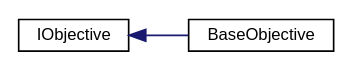
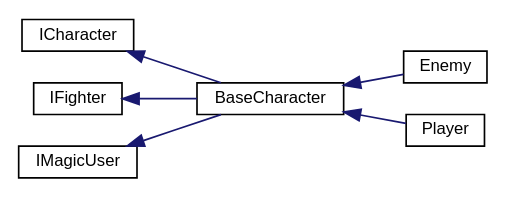
The diagram in inherit_graph_7.dot (PaulSchweizer/ActionRpgKit), drawn with Graphviz before and after one commit. The commit also changed 572 other files, not shown here.

```diff
--- a/inherit_graph_7.dot
+++ b/inherit_graph_7.dot
@@ -1,10 +1,18 @@
 digraph "Graphical Class Hierarchy"
 {
  // INTERACTIVE_SVG=YES
   edge [fontname="Helvetica",fontsize="10",labelfontname="Helvetica",labelfontsize="10"];
   node [fontname="Helvetica",fontsize="10",shape=record];
   rankdir="LR";
-  Node1 [label="IObjective",height=0.2,width=0.4,color="black", fillcolor="white", style="filled",URL="$d2/d98/interface_action_rpg_kit_1_1_story_1_1_quest_1_1_i_objective.xhtml"];
+  Node1 [label="ICharacter",height=0.2,width=0.4,color="black", fillcolor="white", style="filled",URL="$d2/df8/interface_action_rpg_kit_1_1_character_1_1_i_character.xhtml",tooltip="Characters populate the game world. They are defined by Stats."];
   Node1 -> Node2 [dir="back",color="midnightblue",fontsize="10",style="solid",fontname="Helvetica"];
-  Node2 [label="BaseObjective",height=0.2,width=0.4,color="black", fillcolor="white", style="filled",URL="$dd/d14/class_action_rpg_kit_1_1_story_1_1_quest_1_1_base_objective.xhtml"];
+  Node2 [label="BaseCharacter",height=0.2,width=0.4,color="black", fillcolor="white", style="filled",URL="$d9/d5c/class_action_rpg_kit_1_1_character_1_1_base_character.xhtml",tooltip="Base implementation of a Character."];
+  Node2 -> Node3 [dir="back",color="midnightblue",fontsize="10",style="solid",fontname="Helvetica"];
+  Node3 [label="Enemy",height=0.2,width=0.4,color="black", fillcolor="white", style="filled",URL="$d2/df0/class_action_rpg_kit_1_1_character_1_1_enemy.xhtml",tooltip="Representation of a Hostile, game controlled character."];
+  Node2 -> Node4 [dir="back",color="midnightblue",fontsize="10",style="solid",fontname="Helvetica"];
+  Node4 [label="Player",height=0.2,width=0.4,color="black", fillcolor="white", style="filled",URL="$d7/dd8/class_action_rpg_kit_1_1_character_1_1_player.xhtml",tooltip="Representation of a Player controllable character."];
+  Node5 [label="IFighter",height=0.2,width=0.4,color="black", fillcolor="white", style="filled",URL="$df/d5e/interface_action_rpg_kit_1_1_character_1_1_i_fighter.xhtml",tooltip="Character can fight."];
+  Node5 -> Node2 [dir="back",color="midnightblue",fontsize="10",style="solid",fontname="Helvetica"];
+  Node6 [label="IMagicUser",height=0.2,width=0.4,color="black", fillcolor="white", style="filled",URL="$dd/db0/interface_action_rpg_kit_1_1_character_1_1_i_magic_user.xhtml",tooltip="Character can use Magic."];
+  Node6 -> Node2 [dir="back",color="midnightblue",fontsize="10",style="solid",fontname="Helvetica"];
 }
```
